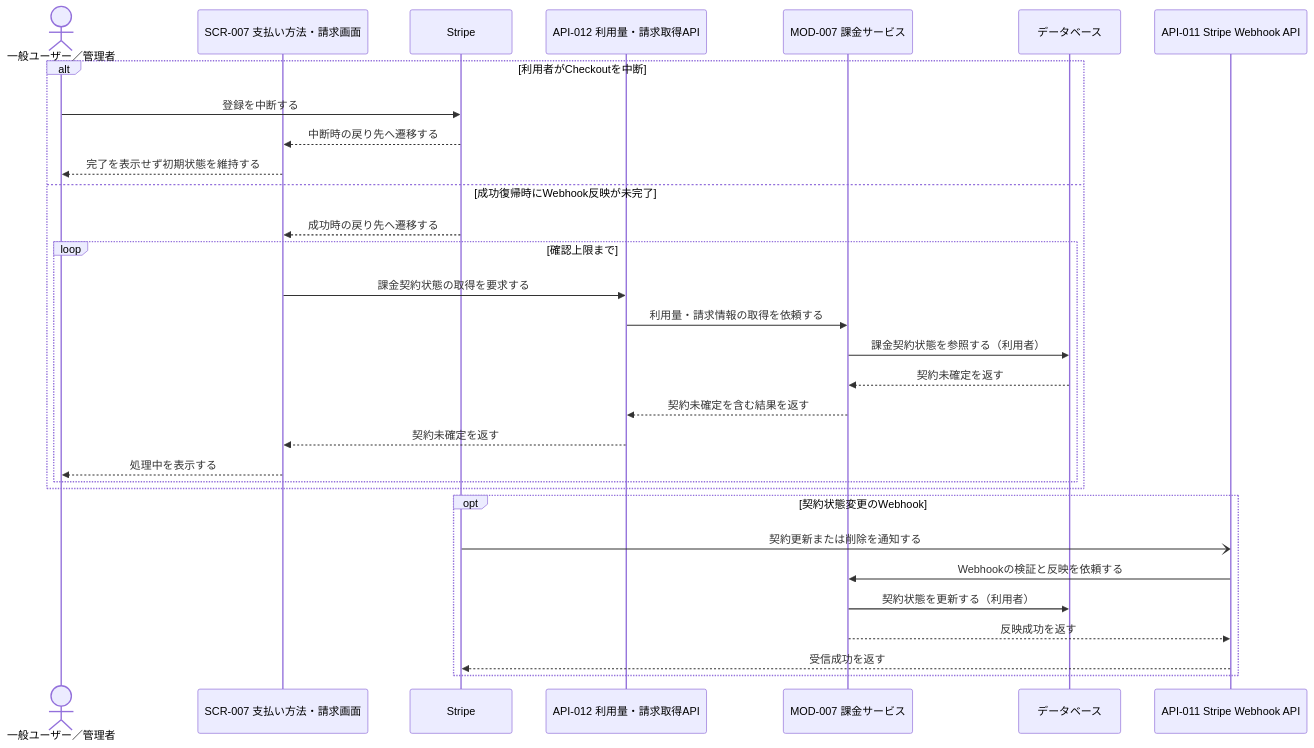
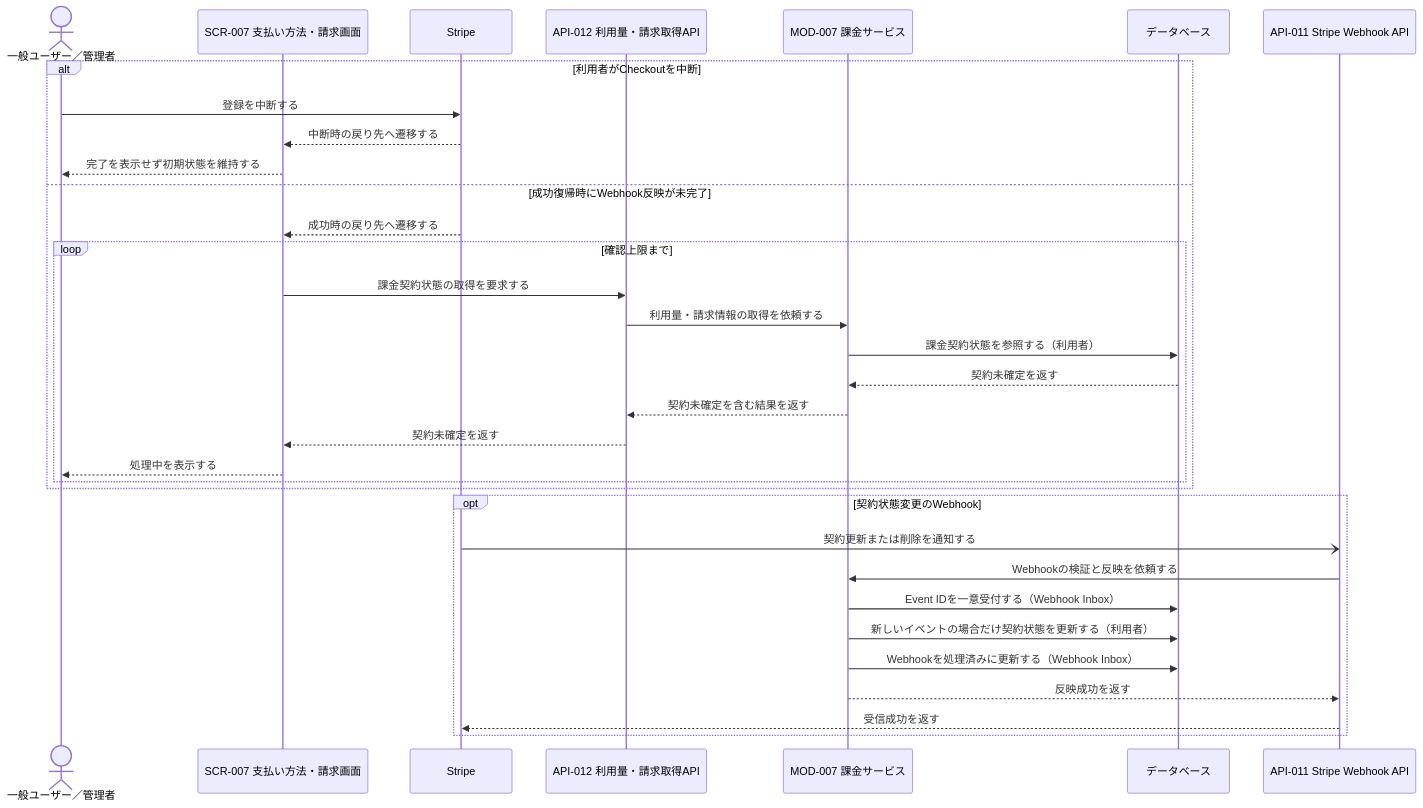
The second of 3 diagrams in docs/03_機能設計/02_シーケンス設計/SEQ-004_支払い方法登録シーケンス.md (sikakou54/system-document-template), drawn with Mermaid before and after one commit. The commit also changed other lines of this file and 99 other files, not shown here.

````diff
--- a/docs/03_機能設計/02_シーケンス設計/SEQ-004_支払い方法登録シーケンス.md
+++ b/docs/03_機能設計/02_シーケンス設計/SEQ-004_支払い方法登録シーケンス.md
@@ -93,34 +95,36 @@
 ```mermaid
 sequenceDiagram
     actor U as 一般ユーザー／管理者
     participant UI as SCR-007 支払い方法・請求画面
     participant STR as Stripe
     participant API12 as API-012 利用量・請求取得API
     participant MOD as MOD-007 課金サービス
     participant DB as データベース
     participant API11 as API-011 Stripe Webhook API
 
     alt 利用者がCheckoutを中断
         U->>STR: 登録を中断する
         STR-->>UI: 中断時の戻り先へ遷移する
         UI-->>U: 完了を表示せず初期状態を維持する
     else 成功復帰時にWebhook反映が未完了
         STR-->>UI: 成功時の戻り先へ遷移する
         loop 確認上限まで
             UI->>API12: 課金契約状態の取得を要求する
             API12->>MOD: 利用量・請求情報の取得を依頼する
             MOD->>DB: 課金契約状態を参照する（利用者）
             DB-->>MOD: 契約未確定を返す
             MOD-->>API12: 契約未確定を含む結果を返す
             API12-->>UI: 契約未確定を返す
             UI-->>U: 処理中を表示する
         end
     end
     opt 契約状態変更のWebhook
         STR-)API11: 契約更新または削除を通知する
         API11->>MOD: Webhookの検証と反映を依頼する
-        MOD->>DB: 契約状態を更新する（利用者）
+        MOD->>DB: Event IDを一意受付する（Webhook Inbox）
+        MOD->>DB: 新しいイベントの場合だけ契約状態を更新する（利用者）
+        MOD->>DB: Webhookを処理済みに更新する（Webhook Inbox）
         MOD-->>API11: 反映成功を返す
         API11-->>STR: 受信成功を返す
     end
 ```
````
